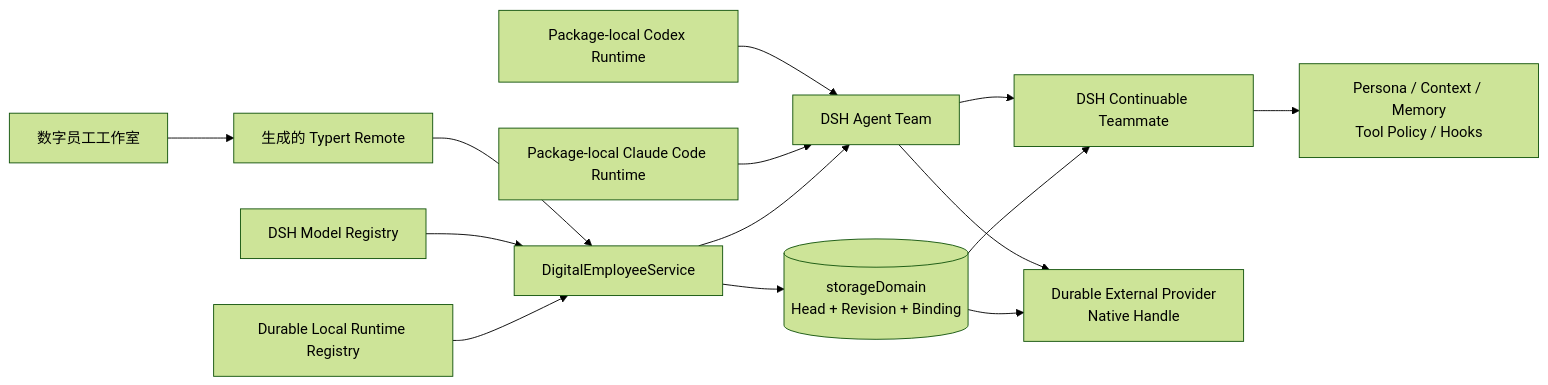
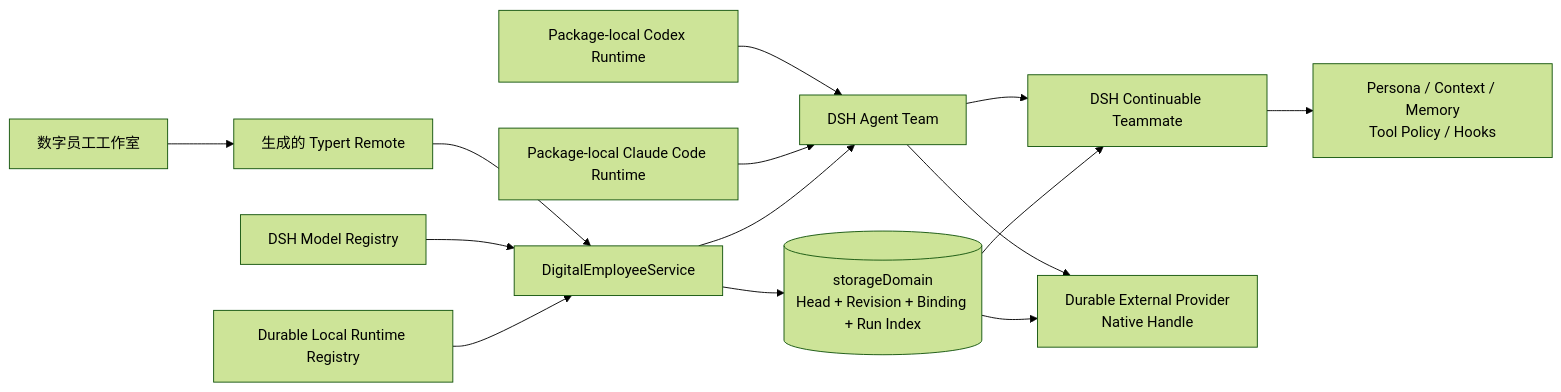
One commit to benz-ai-x/dsh-agent-team-ultra changed the diagram in README.md. Above: the diagram before and after it, drawn with Mermaid (forest theme). The commit also changed other lines of this file and 21 other files, not shown here.

````diff
--- a/README.md
+++ b/README.md
@@ -21,16 +22,16 @@
 ```mermaid
 flowchart LR
   UI[数字员工工作室] --> RPC[生成的 Typert Remote]
   RPC --> HOST[DigitalEmployeeService]
   MODELS[DSH Model Registry] --> HOST
   CODEX[Package-local Codex Runtime] --> TEAM
   CLAUDE[Package-local Claude Code Runtime] --> TEAM
   LOCAL[Durable Local Runtime Registry] --> HOST
-  HOST --> STORE[(storageDomain\nHead + Revision + Binding)]
+  HOST --> STORE[(storageDomain\nHead + Revision + Binding + Run Index)]
   HOST --> TEAM[DSH Agent Team]
   TEAM --> CHILD[DSH Continuable Teammate]
   TEAM --> NATIVE[Durable External Provider\nNative Handle]
   STORE --> CHILD
   STORE --> NATIVE
   CHILD --> SCOPE[Persona / Context / Memory\nTool Policy / Hooks]
 ```
````
